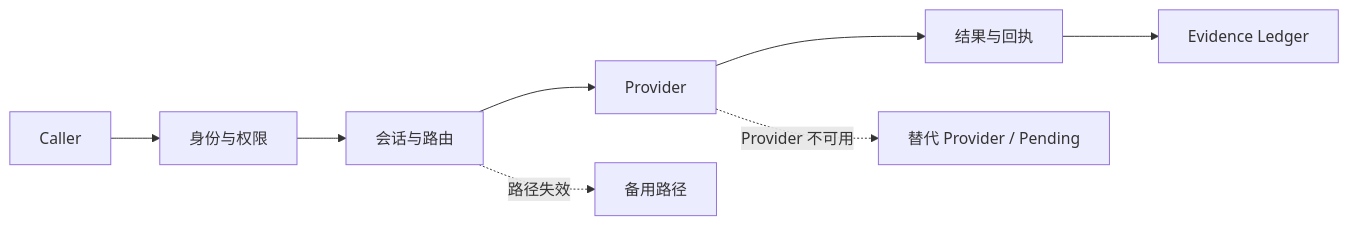
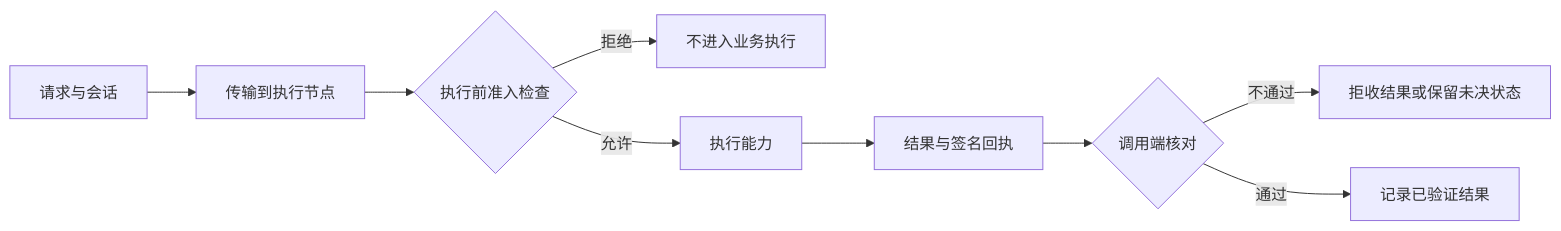
Before and after one commit to xingxuling/TINP: the diagram in README.md, drawn with Mermaid. The commit also changed other lines of this file and 9 other files, not shown here.

````diff
--- a/README.md
+++ b/README.md
@@ -179,10 +186,11 @@
 ```mermaid
 flowchart LR
-    A[Caller] --> B[身份与权限]
-    B --> C[会话与路由]
-    C --> D[Provider]
-    D --> E[结果与回执]
-    E --> F[Evidence Ledger]
-    C -. 路径失效 .-> G[备用路径]
-    D -. Provider 不可用 .-> H[替代 Provider / Pending]
+    A[请求与会话] --> B[传输到执行节点]
+    B --> C{执行前准入检查}
+    C -->|拒绝| D[不进入业务执行]
+    C -->|允许| E[执行能力]
+    E --> F[结果与签名回执]
+    F --> G{调用端核对}
+    G -->|不通过| H[拒收结果或保留未决状态]
+    G -->|通过| I[记录已验证结果]
 ```
````
